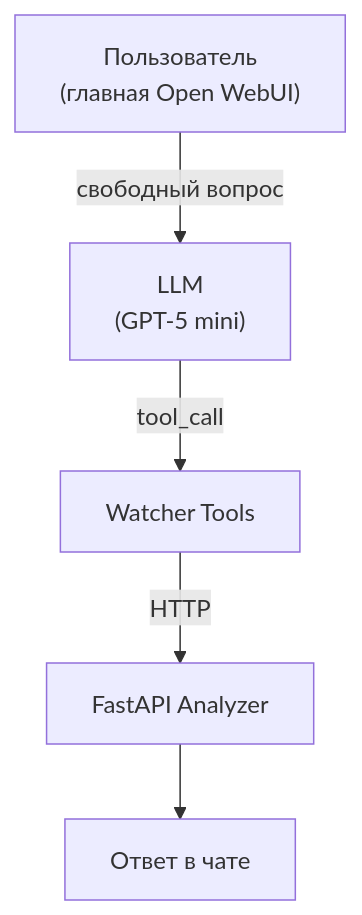
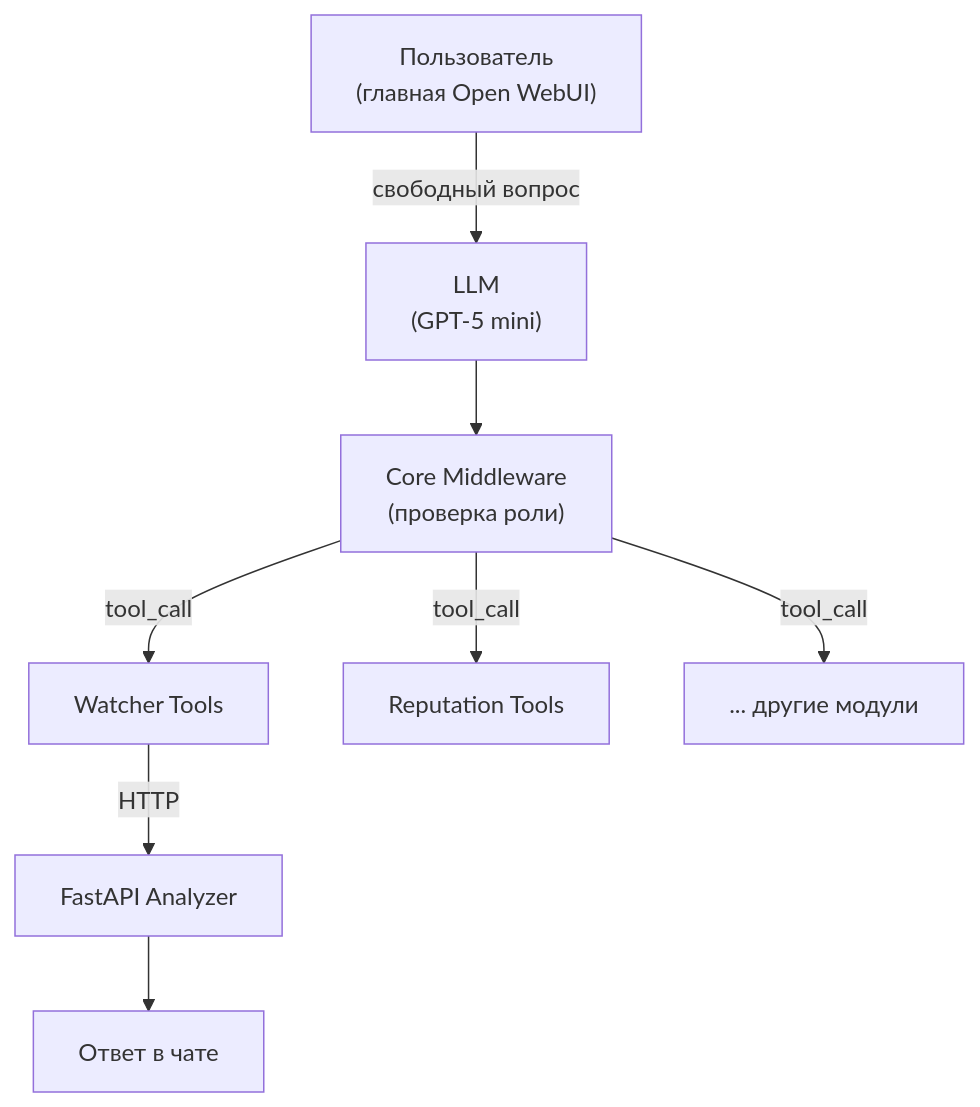
The seventh of 7 diagrams in watcher/adolf_watcher_6_analyzer_open_webui.md (Sign25/Docs), drawn with Mermaid before and after one commit. The commit also changed other lines of this file, not shown here.

Commit message:
Watcher v4.3: Раздел 6 — единый AI-чат ADOLF вместо @Adolf_Watcher, Tools в общем пуле с фильтрацией по роли

````diff
--- a/watcher/adolf_watcher_6_analyzer_open_webui.md
+++ b/watcher/adolf_watcher_6_analyzer_open_webui.md
@@ -440,7 +444,10 @@
 ```mermaid
 flowchart TB
     USER["Пользователь<br/>(главная Open WebUI)"] -->|"свободный вопрос"| LLM["LLM<br/>(GPT-5 mini)"]
-    LLM -->|"tool_call"| TOOLS["Watcher Tools"]
-    TOOLS -->|"HTTP"| FAST["FastAPI Analyzer"]
+    LLM --> MW["Core Middleware<br/>(проверка роли)"]
+    MW -->|"tool_call"| WT["Watcher Tools"]
+    MW -->|"tool_call"| RT["Reputation Tools"]
+    MW -->|"tool_call"| OT["... другие модули"]
+    WT -->|"HTTP"| FAST["FastAPI Analyzer"]
     FAST --> RESP["Ответ в чате"]
 ```
````
